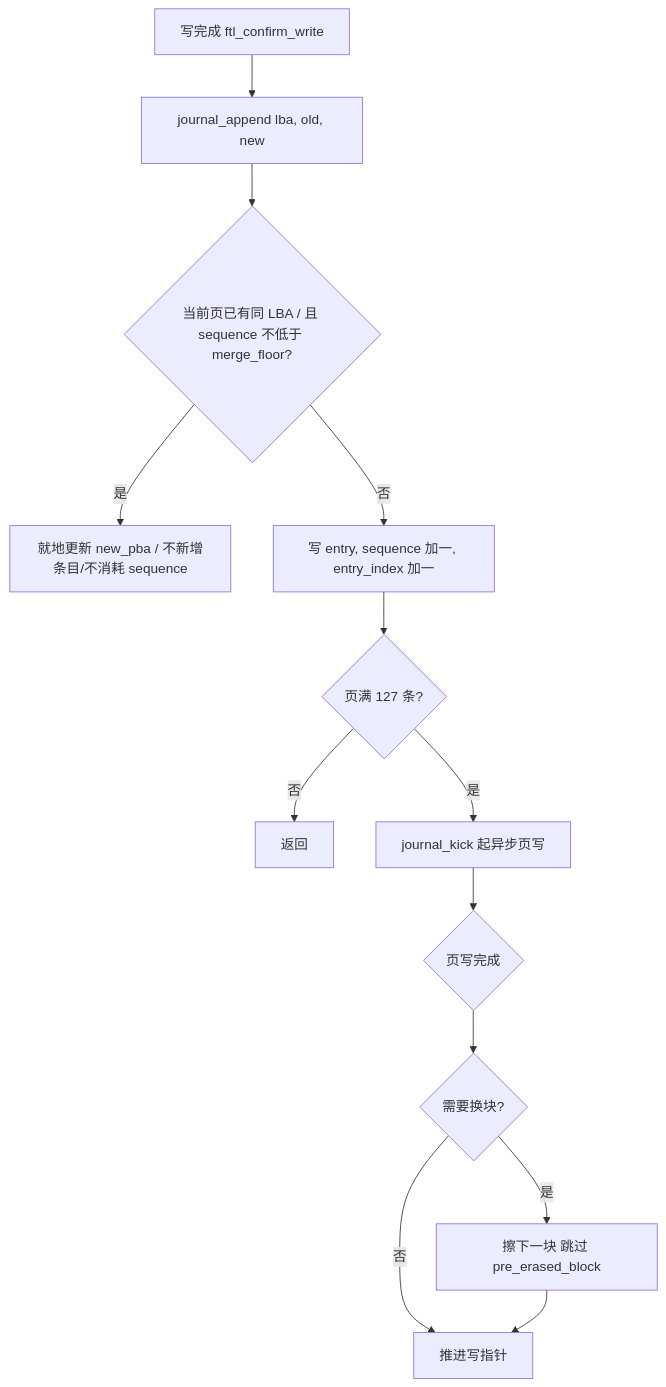
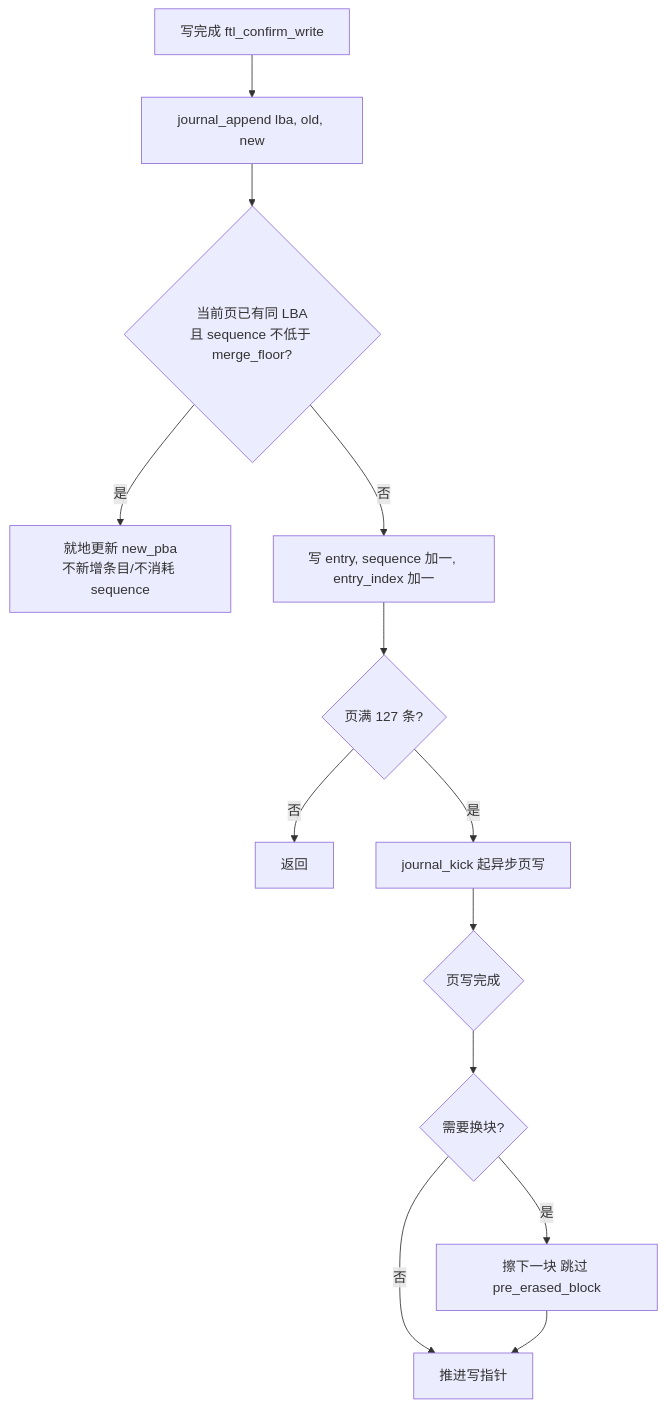
Diagram 11 of 28 in docs/design/ftl_design.md (YzYMIAO/BASESSD), drawn with Mermaid before and after one commit. The commit also changed other lines of this file, not shown here.

First line of the commit message:
docs(ftl): 恢复 <br/>、清理 stateDiagram 标签

````diff
--- a/docs/design/ftl_design.md
+++ b/docs/design/ftl_design.md
@@ -1677,15 +1677,15 @@
 ```mermaid
 flowchart TD
     A["写完成 ftl_confirm_write"] --> B["journal_append lba, old, new"]
-    B --> C{"当前页已有同 LBA / 且 sequence 不低于 merge_floor?"}
-    C -- "是" --> D["就地更新 new_pba / 不新增条目/不消耗 sequence"]
+    B --> C{"当前页已有同 LBA<br/>且 sequence 不低于 merge_floor?"}
+    C -- "是" --> D["就地更新 new_pba<br/>不新增条目/不消耗 sequence"]
     C -- "否" --> E["写 entry, sequence 加一, entry_index 加一"]
     E --> F{"页满 127 条?"}
     F -- "否" --> G["返回"]
     F -- "是" --> H["journal_kick 起异步页写"]
     H --> I{"页写完成"}
     I --> J{"需要换块?"}
     J -- "否" --> K["推进写指针"]
     J -- "是" --> L["擦下一块 跳过 pre_erased_block"]
     L --> K
 ```
````
